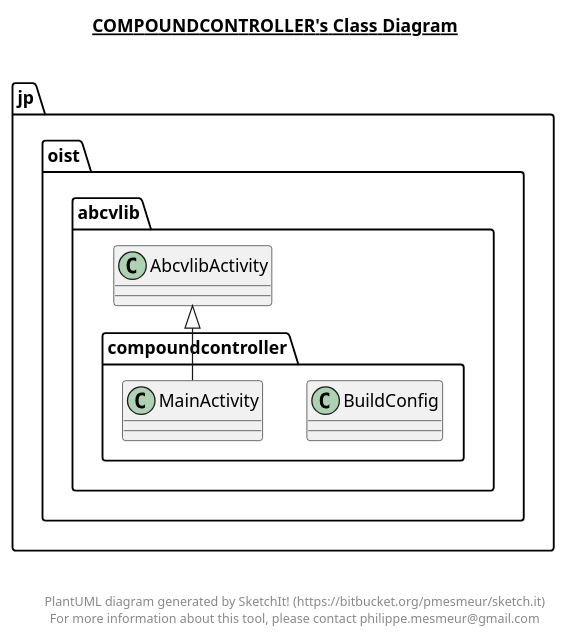
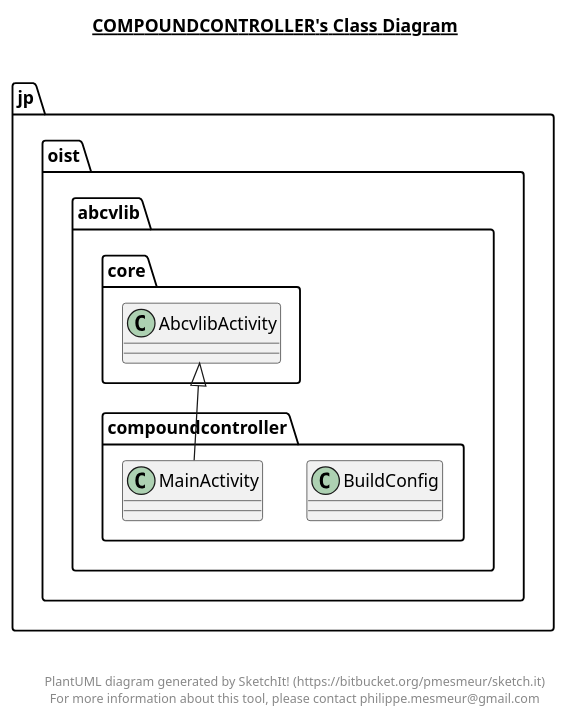
The diagram in compoundController/compoundController.plantuml (oist/smartphone-robot-android), drawn with PlantUML before and after one commit. The commit also changed 236 other files, not shown here.

```diff
--- a/compoundController/compoundController.plantuml
+++ b/compoundController/compoundController.plantuml
@@ -1,31 +1,31 @@
 @startuml
 
 title __COMPOUNDCONTROLLER's Class Diagram__\n
 
   namespace jp.oist.abcvlib {
     namespace compoundcontroller {
       class jp.oist.abcvlib.compoundcontroller.BuildConfig {
       }
     }
   }
   
 
   namespace jp.oist.abcvlib {
     namespace compoundcontroller {
       class jp.oist.abcvlib.compoundcontroller.MainActivity {
       }
     }
   }
   
 
-  jp.oist.abcvlib.compoundcontroller.MainActivity -up-|> jp.oist.abcvlib.AbcvlibActivity
+  jp.oist.abcvlib.compoundcontroller.MainActivity -up-|> jp.oist.abcvlib.core.AbcvlibActivity
 
 
 right footer
 
 
 PlantUML diagram generated by SketchIt! (https://bitbucket.org/pmesmeur/sketch.it)
 For more information about this tool, please contact philippe.mesmeur@gmail.com
 endfooter
 
 @enduml
```
